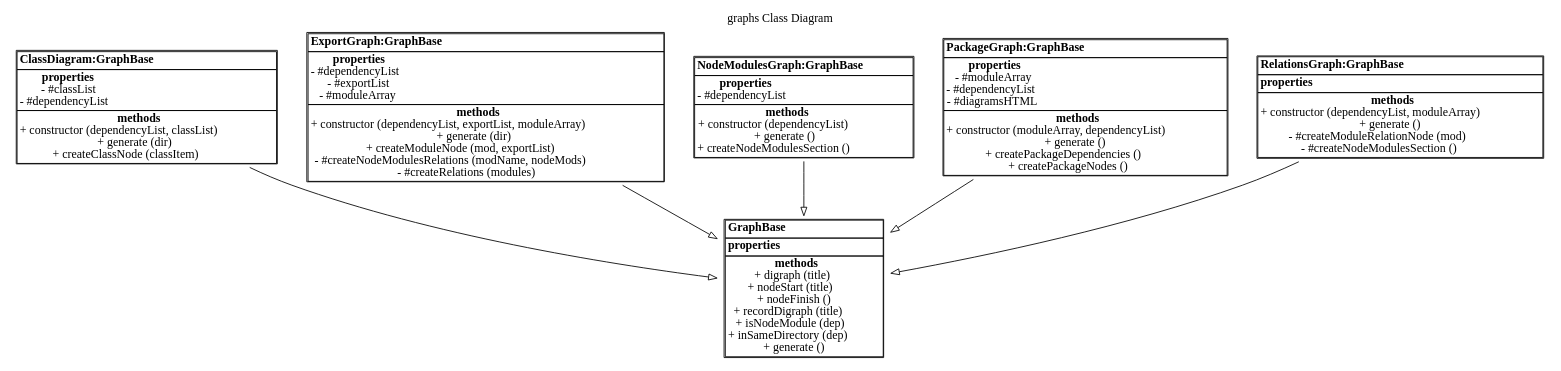
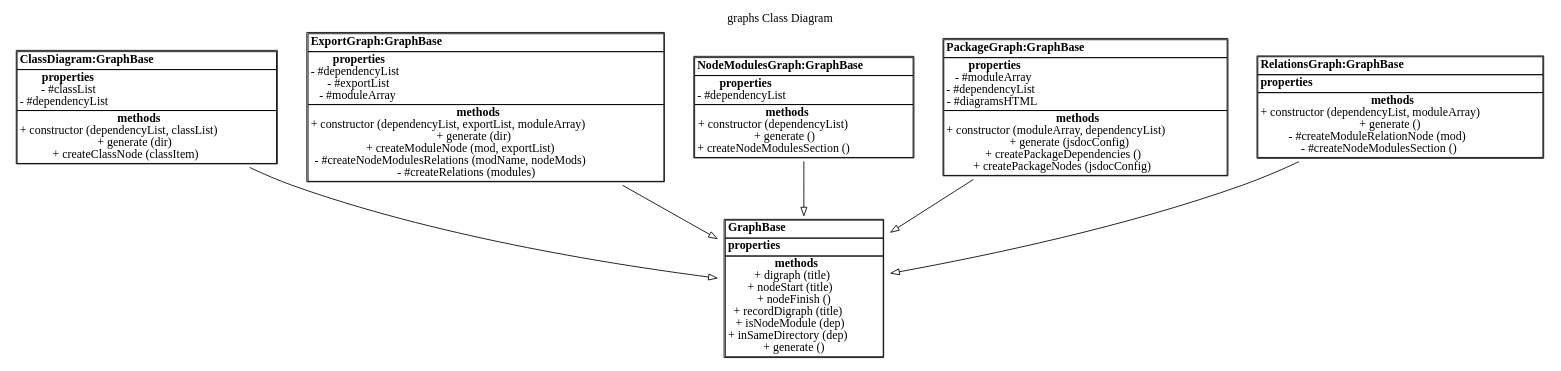
One commit to fleebe/dep-graph changed the diagram in docs/graphs/ClassDiagram.dot. Above: the diagram before and after it, drawn with Graphviz. The commit also changed 16 other files, not shown here.

```diff
--- a/docs/graphs/ClassDiagram.dot
+++ b/docs/graphs/ClassDiagram.dot
@@ -1,91 +1,91 @@
 digraph {label="graphs Class Diagram";
 labelloc="t";
 "ClassDiagram" [shape = none, label =<<TABLE cellspacing="0" cellborder="1" align="left">
 <TR><TD align="left"><B>ClassDiagram:GraphBase</B></TD></TR>
 <TR><TD align="left"><B>properties</B><BR/>
 - #classList<BR/>
 - #dependencyList<BR/>
 </TD></TR>
 <TR><TD align="left"><B>methods</B><BR/>
 + constructor (dependencyList, classList)<BR/>
 + generate (dir)<BR/>
 + createClassNode (classItem)<BR/>
 </TD></TR>
 </TABLE>>];
 "ClassDiagram"->"GraphBase" [arrowhead=empty];
 
 "ExportGraph" [shape = none, label =<<TABLE cellspacing="0" cellborder="1" align="left">
 <TR><TD align="left"><B>ExportGraph:GraphBase</B></TD></TR>
 <TR><TD align="left"><B>properties</B><BR/>
 - #dependencyList<BR/>
 - #exportList<BR/>
 - #moduleArray<BR/>
 </TD></TR>
 <TR><TD align="left"><B>methods</B><BR/>
 + constructor (dependencyList, exportList, moduleArray)<BR/>
 + generate (dir)<BR/>
 + createModuleNode (mod, exportList)<BR/>
 - #createNodeModulesRelations (modName, nodeMods)<BR/>
 - #createRelations (modules)<BR/>
 </TD></TR>
 </TABLE>>];
 "ExportGraph"->"GraphBase" [arrowhead=empty];
 
 "GraphBase" [shape = none, label =<<TABLE cellspacing="0" cellborder="1" align="left">
 <TR><TD align="left"><B>GraphBase</B></TD></TR>
 <TR><TD align="left"><B>properties</B><BR/>
 </TD></TR>
 <TR><TD align="left"><B>methods</B><BR/>
 + digraph (title)<BR/>
 + nodeStart (title)<BR/>
 + nodeFinish ()<BR/>
 + recordDigraph (title)<BR/>
 + isNodeModule (dep)<BR/>
 + inSameDirectory (dep)<BR/>
 + generate ()<BR/>
 </TD></TR>
 </TABLE>>];
 
 "NodeModulesGraph" [shape = none, label =<<TABLE cellspacing="0" cellborder="1" align="left">
 <TR><TD align="left"><B>NodeModulesGraph:GraphBase</B></TD></TR>
 <TR><TD align="left"><B>properties</B><BR/>
 - #dependencyList<BR/>
 </TD></TR>
 <TR><TD align="left"><B>methods</B><BR/>
 + constructor (dependencyList)<BR/>
 + generate ()<BR/>
 + createNodeModulesSection ()<BR/>
 </TD></TR>
 </TABLE>>];
 "NodeModulesGraph"->"GraphBase" [arrowhead=empty];
 
 "PackageGraph" [shape = none, label =<<TABLE cellspacing="0" cellborder="1" align="left">
 <TR><TD align="left"><B>PackageGraph:GraphBase</B></TD></TR>
 <TR><TD align="left"><B>properties</B><BR/>
 - #moduleArray<BR/>
 - #dependencyList<BR/>
 - #diagramsHTML<BR/>
 </TD></TR>
 <TR><TD align="left"><B>methods</B><BR/>
 + constructor (moduleArray, dependencyList)<BR/>
-+ generate ()<BR/>
++ generate (jsdocConfig)<BR/>
 + createPackageDependencies ()<BR/>
-+ createPackageNodes ()<BR/>
++ createPackageNodes (jsdocConfig)<BR/>
 </TD></TR>
 </TABLE>>];
 "PackageGraph"->"GraphBase" [arrowhead=empty];
 
 "RelationsGraph" [shape = none, label =<<TABLE cellspacing="0" cellborder="1" align="left">
 <TR><TD align="left"><B>RelationsGraph:GraphBase</B></TD></TR>
 <TR><TD align="left"><B>properties</B><BR/>
 </TD></TR>
 <TR><TD align="left"><B>methods</B><BR/>
 + constructor (dependencyList, moduleArray)<BR/>
 + generate ()<BR/>
 - #createModuleRelationNode (mod)<BR/>
 - #createNodeModulesSection ()<BR/>
 </TD></TR>
 </TABLE>>];
 "RelationsGraph"->"GraphBase" [arrowhead=empty];
 
 }
```
